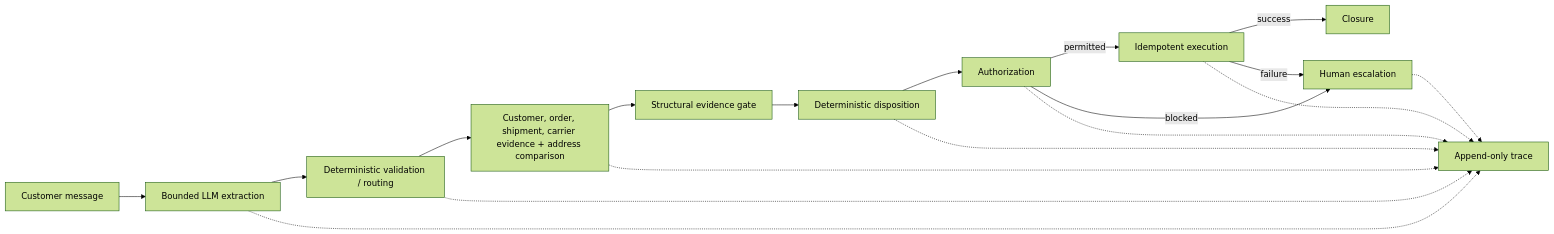
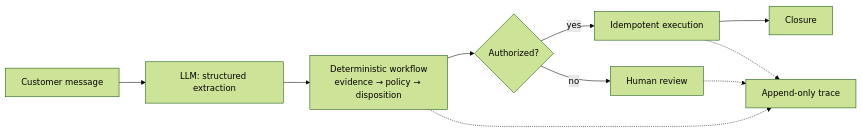
The diagram in projects/support-agent/README.md (tommymeer/enterprise-ai-deployment-lab), drawn with Mermaid (forest theme) before and after one commit. The commit also changed other lines of this file, not shown here.

````diff
--- a/projects/support-agent/README.md
+++ b/projects/support-agent/README.md
@@ -29,21 +21,12 @@
 ```mermaid
 flowchart LR
-    MESSAGE[Customer message] --> EXTRACT[Bounded LLM extraction]
-    EXTRACT --> VALIDATE[Deterministic validation / routing]
-    VALIDATE --> EVIDENCE[Customer, order, shipment, carrier evidence + address comparison]
-    EVIDENCE --> GATE[Structural evidence gate]
-    GATE --> DISPOSITION[Deterministic disposition]
-    DISPOSITION --> AUTHORIZATION[Authorization]
-    AUTHORIZATION -->|permitted| EXECUTION[Idempotent execution]
-    AUTHORIZATION -->|blocked| REVIEW[Human escalation]
-    EXECUTION -->|success| CLOSE[Closure]
-    EXECUTION -->|failure| REVIEW
-    TRACE[Append-only trace]
-    EXTRACT -.-> TRACE
-    VALIDATE -.-> TRACE
-    EVIDENCE -.-> TRACE
-    DISPOSITION -.-> TRACE
-    AUTHORIZATION -.-> TRACE
-    EXECUTION -.-> TRACE
-    REVIEW -.-> TRACE
+    A[Customer message] --> B[LLM: structured extraction]
+    B --> C[Deterministic workflow<br/>evidence → policy → disposition]
+    C --> D{Authorized?}
+    D -->|yes| E[Idempotent execution]
+    D -->|no| F[Human review]
+    E --> G[Closure]
+    E -.-> H[Append-only trace]
+    F -.-> H
+    C -.-> H
 ```
````
